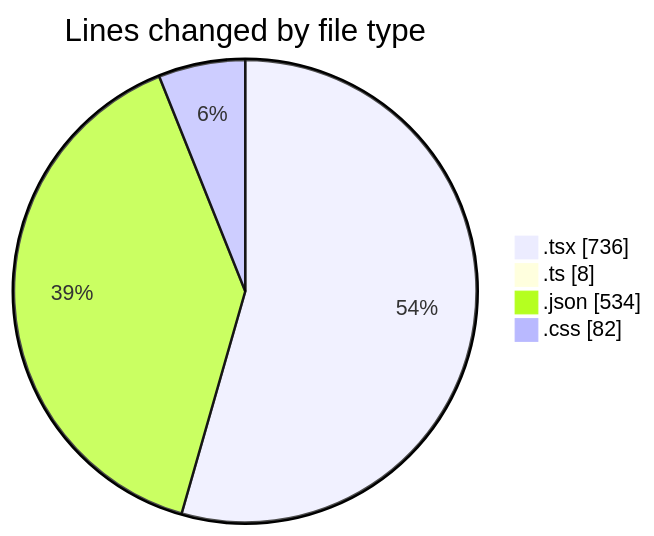
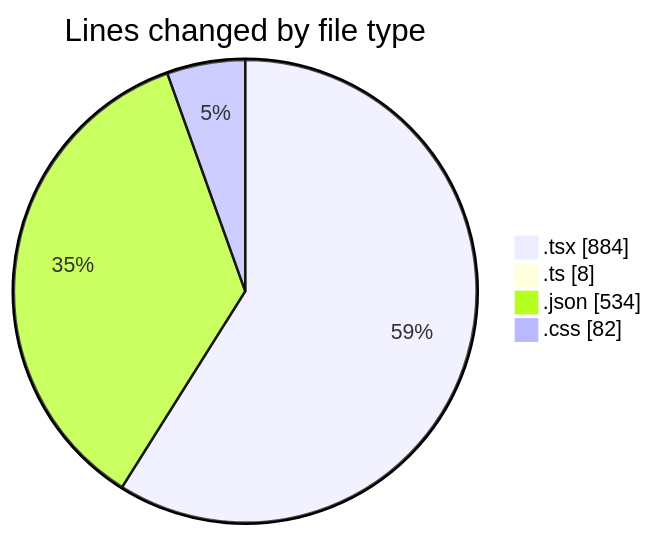
The first of 2 diagrams in 2025-08-02/tw-server/README.md (EIIisD/code-tracking), drawn with Mermaid before and after one commit. The commit also changed other lines of this file and 1 other file, not shown here.

````diff
--- a/2025-08-02/tw-server/README.md
+++ b/2025-08-02/tw-server/README.md
@@ -25,8 +25,8 @@
 ```mermaid
 pie showData
 title Lines changed by file type
-".tsx" : 736
+".tsx" : 884
 ".ts" : 8
 ".json" : 534
 ".css" : 82
 ```
````
